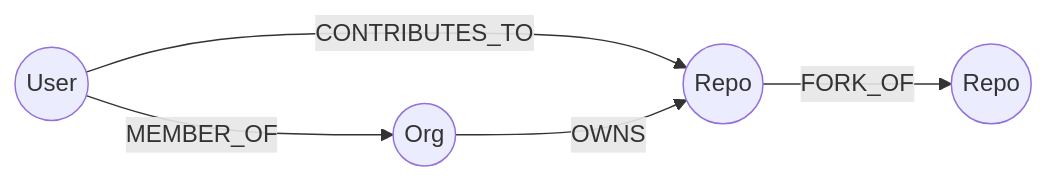
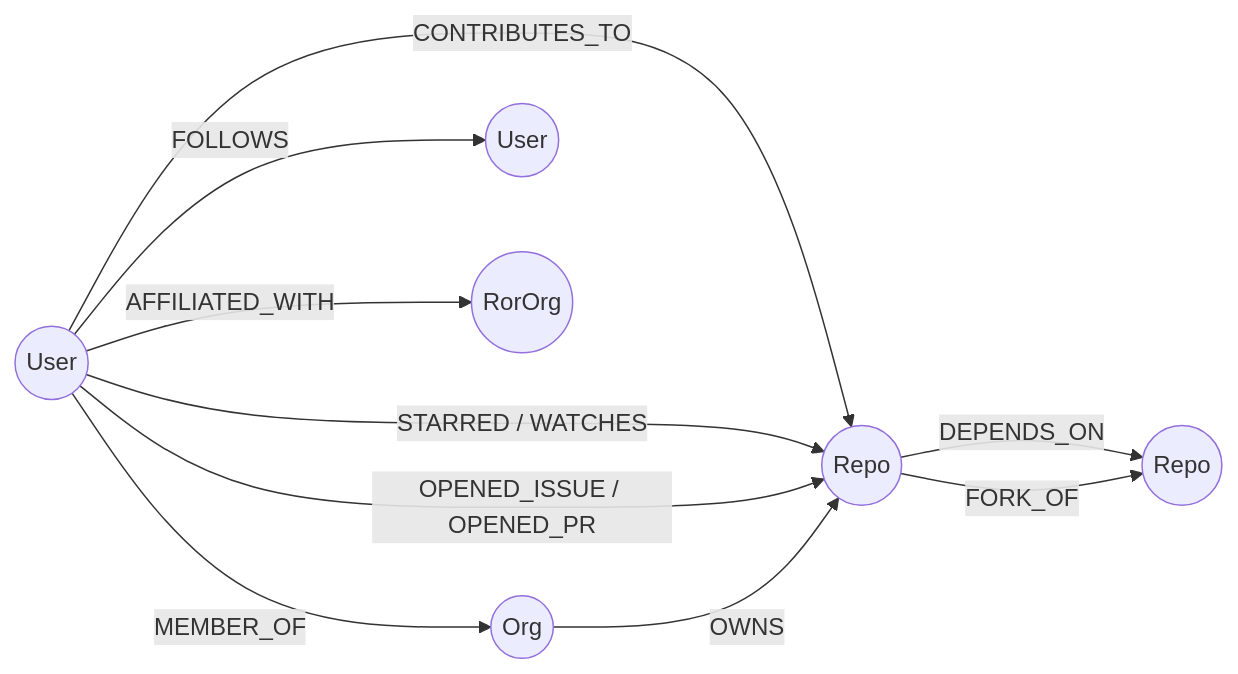
One commit to sdsc-ordes/open-pulse changed the second of 2 diagrams in docs-site/docs/concepts/graph-and-semantic-data.md. Above: the diagram before and after it, drawn with Mermaid. The commit also changed other lines of this file and 18 other files, not shown here.

````diff
--- a/docs-site/docs/concepts/graph-and-semantic-data.md
+++ b/docs-site/docs/concepts/graph-and-semantic-data.md
@@ -36,7 +36,12 @@
 ```mermaid
 graph LR
   U((User)) -- CONTRIBUTES_TO --> R((Repo))
+  U -- STARRED / WATCHES --> R
+  U -- OPENED_ISSUE / OPENED_PR --> R
   O((Org)) -- OWNS --> R
   U -- MEMBER_OF --> O
-  R -- FORK_OF --> R2((Repo))
+  U -- FOLLOWS --> U2((User))
+  U -- AFFILIATED_WITH --> RO((RorOrg))
+  R -- DEPENDS_ON --> R2((Repo))
+  R -- FORK_OF --> R2
 ```
````
